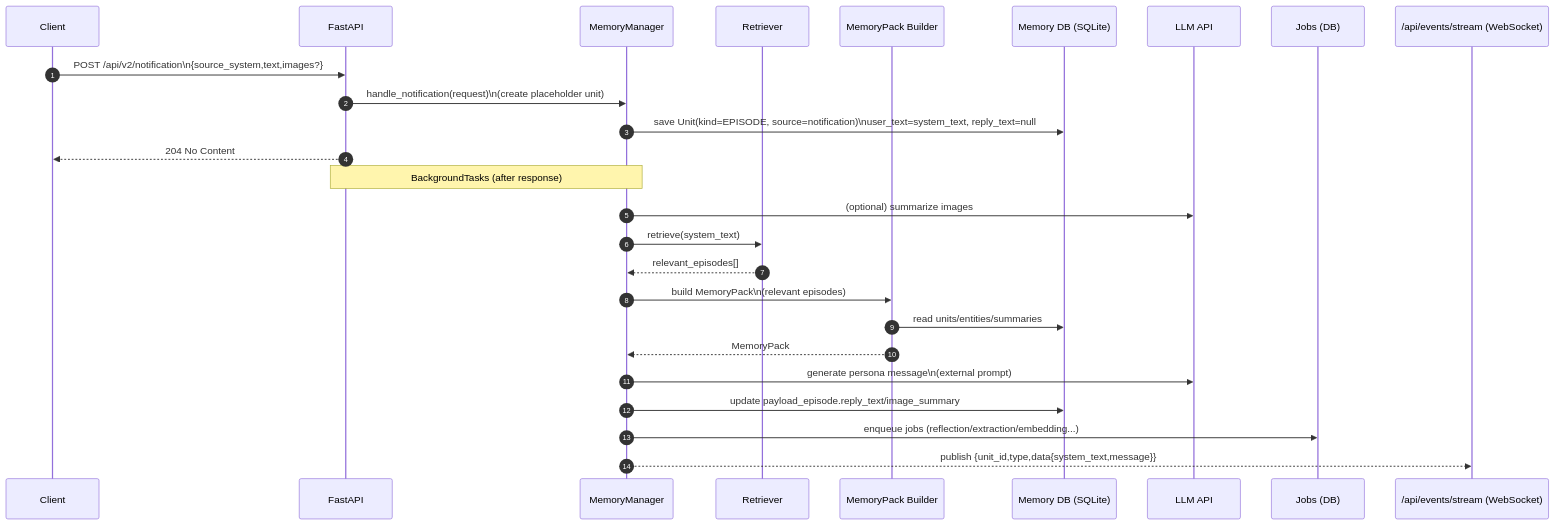
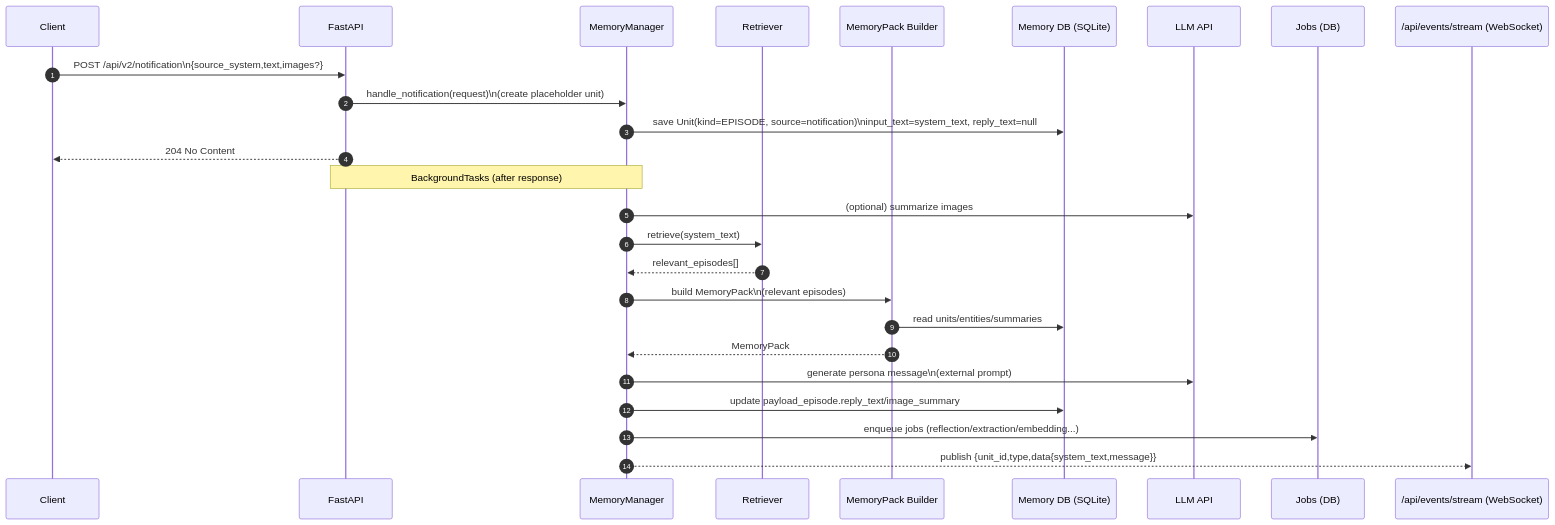
Before and after one commit to hirona98/cocoro_ghost: the fourth of 5 diagrams in docs/architecture.md, drawn with Mermaid. The commit also changed other lines of this file and 19 other files, not shown here.

````diff
--- a/docs/architecture.md
+++ b/docs/architecture.md
@@ -180,29 +180,29 @@
 ```mermaid
 sequenceDiagram
   autonumber
   participant UI as Client
   participant API as FastAPI
   participant MM as MemoryManager
   participant RET as Retriever
   participant SCH as MemoryPack Builder
   participant DB as Memory DB (SQLite)
   participant LLM as LLM API
   participant Q as Jobs (DB)
   participant WS as /api/events/stream (WebSocket)
 
   UI->>API: POST /api/v2/notification\n{source_system,text,images?}
   API->>MM: handle_notification(request)\n(create placeholder unit)
-  MM->>DB: save Unit(kind=EPISODE, source=notification)\nuser_text=system_text, reply_text=null
+  MM->>DB: save Unit(kind=EPISODE, source=notification)\ninput_text=system_text, reply_text=null
   API-->>UI: 204 No Content
   Note over API,MM: BackgroundTasks (after response)
   MM->>LLM: (optional) summarize images
   MM->>RET: retrieve(system_text)
   RET-->>MM: relevant_episodes[]
   MM->>SCH: build MemoryPack\n(relevant episodes)
   SCH->>DB: read units/entities/summaries
   SCH-->>MM: MemoryPack
   MM->>LLM: generate persona message\n(external prompt)
   MM->>DB: update payload_episode.reply_text/image_summary
   MM->>Q: enqueue jobs (reflection/extraction/embedding...)
   MM-->>WS: publish {unit_id,type,data{system_text,message}}
 ```
````
